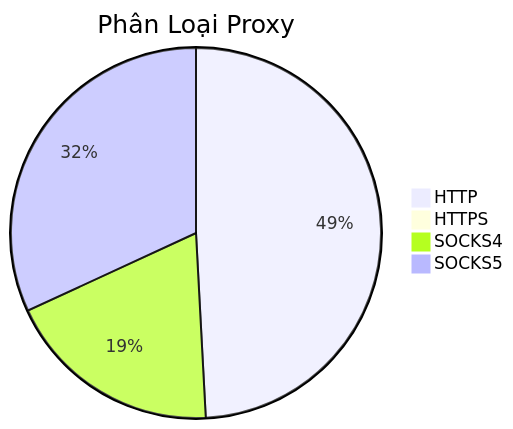
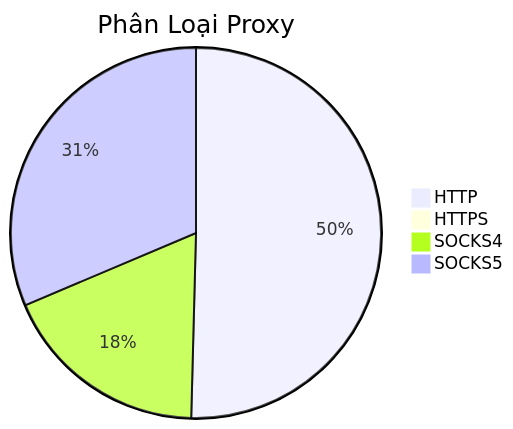
One commit to Ciara-Aa/PROXY-free changed the diagram in README.md. Above: the diagram before and after it, drawn with Mermaid. The commit also changed other lines of this file and 4 other files, not shown here.

````diff
--- a/README.md
+++ b/README.md
@@ -26,7 +26,7 @@
 ```mermaid
 pie title Phân Loại Proxy
-    "HTTP" : 350
-    "HTTPS" : 5
-    "SOCKS4" : 135
-    "SOCKS5" : 227
+    "HTTP" : 368
+    "HTTPS" : 6
+    "SOCKS4" : 133
+    "SOCKS5" : 229
 ```
````
